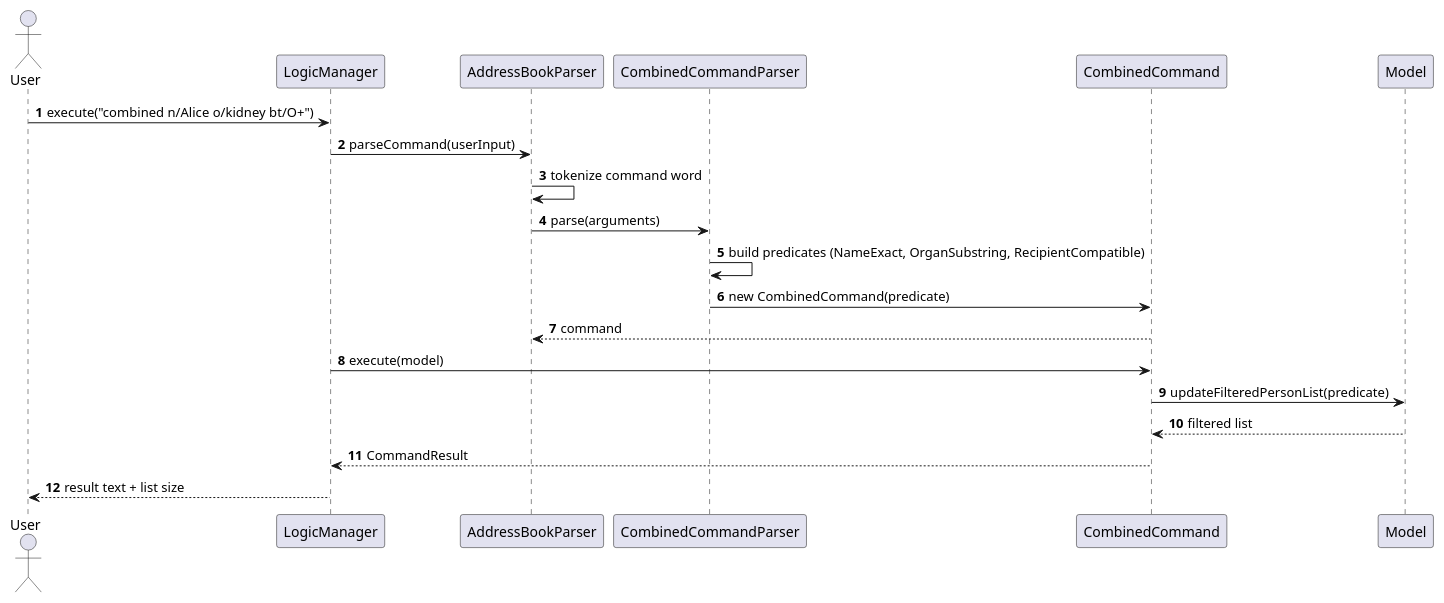
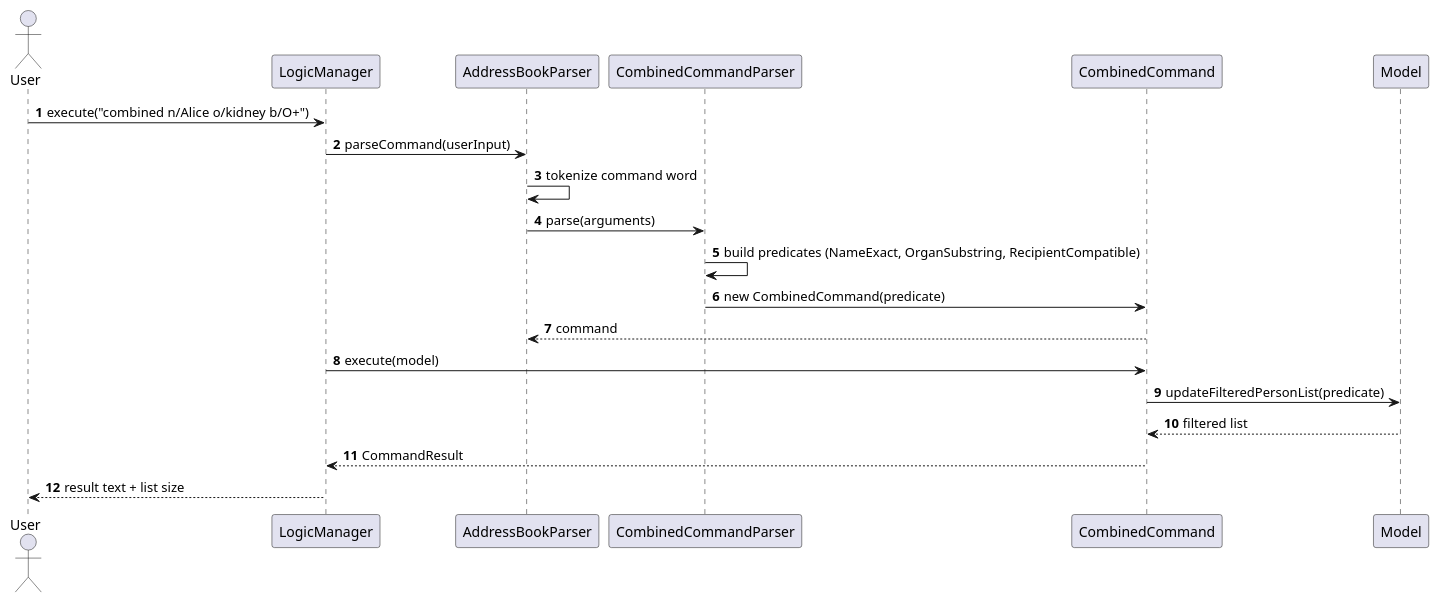
The diagram in docs/diagrams/CombinedCommandSequenceDiagram.puml (baozzii/tp), drawn with PlantUML before and after one commit. The commit also changed 3 other files, not shown here.

```diff
--- a/docs/diagrams/CombinedCommandSequenceDiagram.puml
+++ b/docs/diagrams/CombinedCommandSequenceDiagram.puml
@@ -1,24 +1,24 @@
 @startuml
 autonumber
 
 actor User
 participant "LogicManager" as Logic
 participant "AddressBookParser" as ABP
 participant "CombinedCommandParser" as CCP
 participant "CombinedCommand" as CC
 participant "Model" as Model
 
-User -> Logic : execute("combined n/Alice o/kidney bt/O+")
+User -> Logic : execute("combined n/Alice o/kidney b/O+")
 Logic -> ABP : parseCommand(userInput)
 ABP -> ABP : tokenize command word
 ABP -> CCP : parse(arguments)
 CCP -> CCP : build predicates (NameExact, OrganSubstring, RecipientCompatible)
 CCP -> CC : new CombinedCommand(predicate)
 ABP <-- CC : command
 Logic -> CC : execute(model)
 CC -> Model : updateFilteredPersonList(predicate)
 Model --> CC : filtered list
 CC --> Logic : CommandResult
 Logic --> User : result text + list size
 
 @enduml
```
